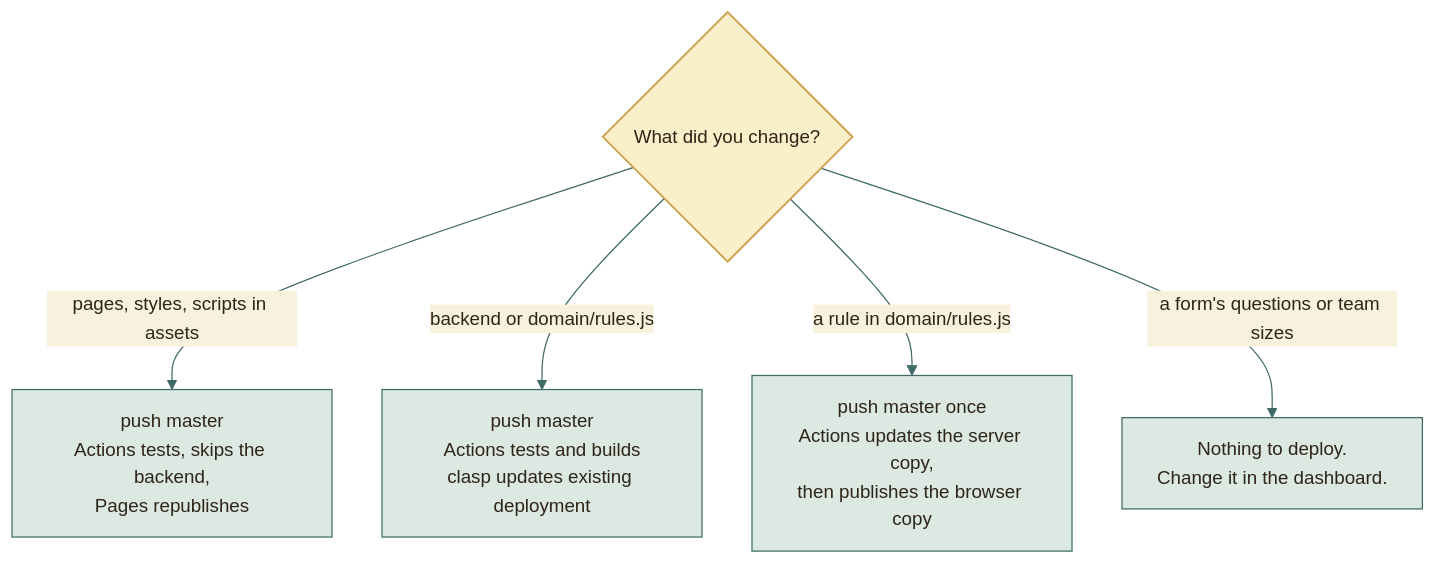
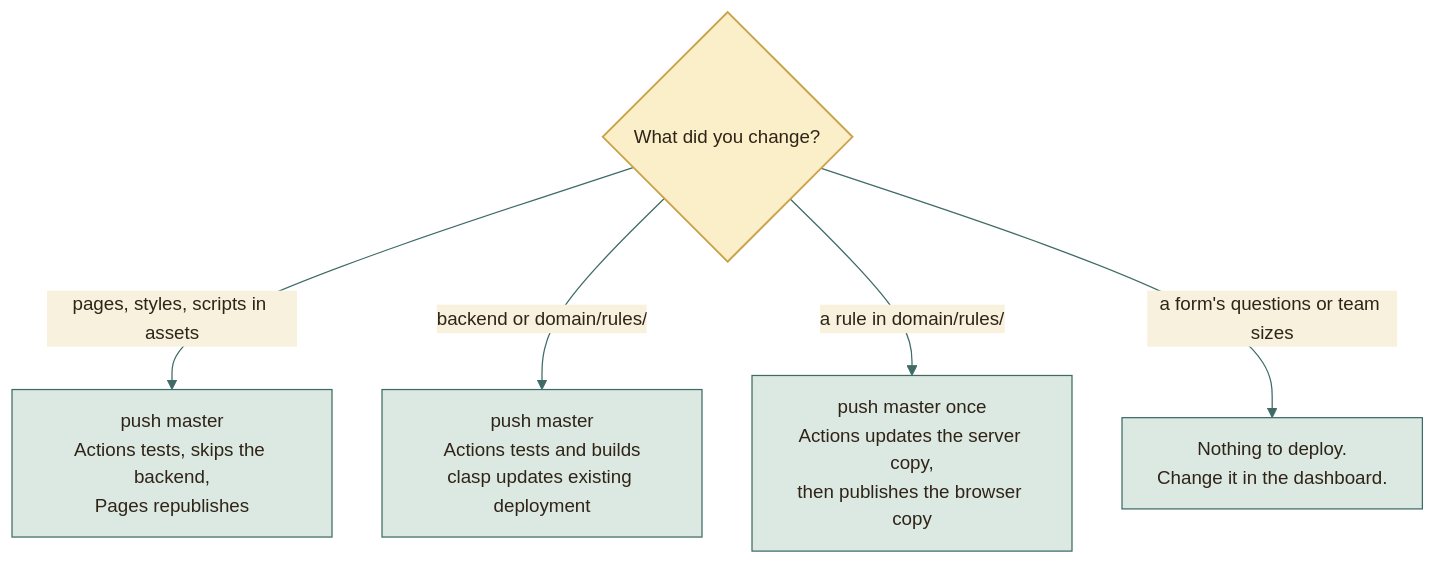
One commit to moyeh04/forms-platform changed the fourth of 4 diagrams in docs/architecture/HOSTING.md. Above: the diagram before and after it, drawn with Mermaid. The commit also changed other lines of this file and 6 other files, not shown here.

````diff
--- a/docs/architecture/HOSTING.md
+++ b/docs/architecture/HOSTING.md
@@ -244,37 +248,37 @@
 ```mermaid
 %%{init: {
   'theme': 'base',
   'themeVariables': {
     'fontFamily': 'ui-sans-serif, system-ui, -apple-system, Segoe UI, Roboto, sans-serif',
     'fontSize': '15px',
     'primaryColor': '#DCE9E2', 'primaryBorderColor': '#3F6B66', 'primaryTextColor': '#2F2418',
     'secondaryColor': '#F0E4C8', 'secondaryBorderColor': '#C9A24A', 'secondaryTextColor': '#2F2418',
     'tertiaryColor': '#F6EFDC', 'tertiaryBorderColor': '#CDBB94', 'tertiaryTextColor': '#2F2418',
     'lineColor': '#3F6B66', 'textColor': '#2F2418', 'mainBkg': '#DCE9E2', 'nodeBorder': '#3F6B66',
     'clusterBkg': '#F6EFDC', 'clusterBorder': '#CDBB94', 'titleColor': '#2F2418',
     'edgeLabelBackground': '#F8F1DD',
     'actorBkg': '#DCE9E2', 'actorBorder': '#3F6B66', 'actorTextColor': '#2F2418', 'actorLineColor': '#8FB3AB',
     'signalColor': '#477A73', 'signalTextColor': '#477A73',
     'labelBoxBkgColor': '#F0E4C8', 'labelBoxBorderColor': '#C9A24A', 'labelTextColor': '#2F2418', 'loopTextColor': '#6A5A44',
     'noteBkgColor': '#FBEFC9', 'noteBorderColor': '#C9A24A', 'noteTextColor': '#2F2418',
     'activationBkgColor': '#DCE9E2', 'activationBorderColor': '#3F6B66', 'sequenceNumberColor': '#F8F1DD',
     'transitionColor': '#3F6B66', 'stateLabelColor': '#2F2418', 'stateBkg': '#DCE9E2', 'altBackground': '#F6EFDC',
     'attributeBackgroundColorOdd': '#F8F1DD', 'attributeBackgroundColorEven': '#F0E4C8'
   },
   'flowchart': {'curve': 'basis', 'padding': 14, 'nodeSpacing': 40, 'rankSpacing': 46},
   'sequence': {'mirrorActors': false, 'messageMargin': 34, 'boxMargin': 8}
 }}%%
 flowchart TD
     q{"What did you change?"}
     q -- "pages, styles, scripts in assets" --> a1["push master<br/>Actions tests, skips the backend,<br/>Pages republishes"]
-    q -- "backend or domain/rules.js" --> a2["push master<br/>Actions tests and builds<br/>clasp updates existing deployment"]
-    q -- "a rule in domain/rules.js" --> a3["push master once<br/>Actions updates the server copy,<br/>then publishes the browser copy"]
+    q -- "backend or domain/rules/" --> a2["push master<br/>Actions tests and builds<br/>clasp updates existing deployment"]
+    q -- "a rule in domain/rules/" --> a3["push master once<br/>Actions updates the server copy,<br/>then publishes the browser copy"]
     q -- "a form's questions or team sizes" --> a4["Nothing to deploy.<br/>Change it in the dashboard."]
     classDef cDb fill:#F3E2B3,stroke:#B8892D,stroke-width:1.5px,color:#2F2418
     classDef cActor fill:#F4D9D3,stroke:#9A3328,stroke-width:1.5px,color:#2F2418
     classDef cDec fill:#FBEFC9,stroke:#C9A24A,stroke-width:1.5px,color:#2F2418
     classDef cEnd fill:#2F2418,stroke:#2F2418,color:#F8F1DD
     classDef cErr fill:#F6D5CF,stroke:#A12B1F,stroke-width:1.5px,color:#5A140C
     classDef cOk fill:#BFD9CF,stroke:#2E5A55,stroke-width:1.5px,color:#17302D
     class q cDec
 ```
````
